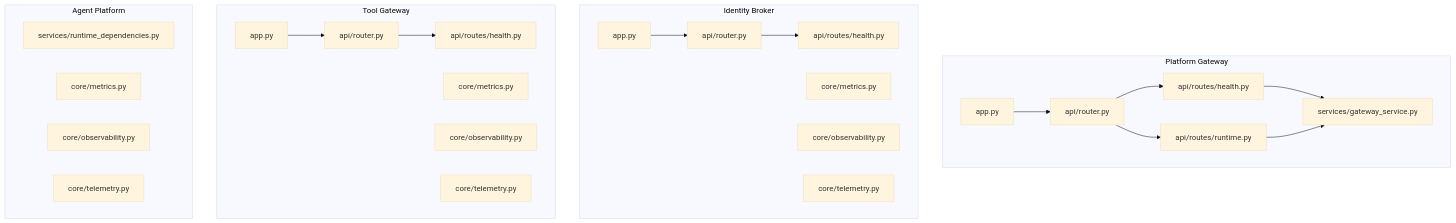
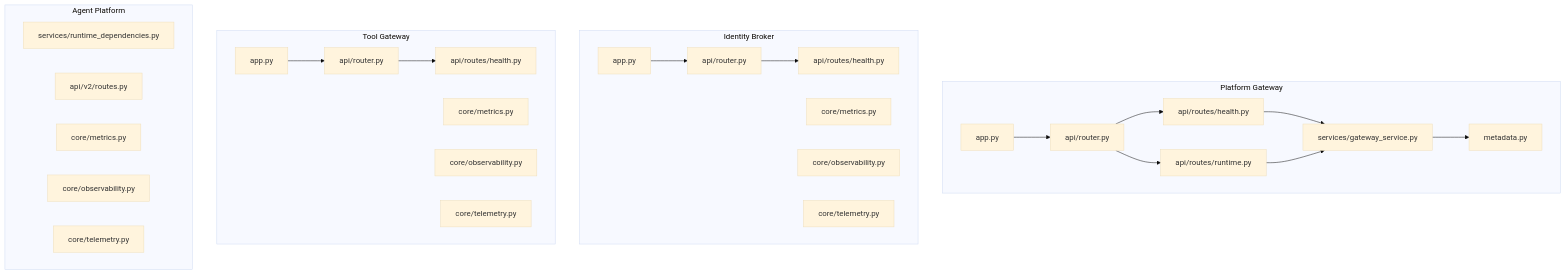
The first of 10 diagrams in .qoder/repowiki/en/content/API Reference/Agent Platform API/Health & Monitoring API.md (metasync/luban-aiops), drawn with Mermaid (base theme) before and after one commit. The commit also changed other lines of this file and 6 other files, not shown here.

````diff
--- a/.qoder/repowiki/en/content/API Reference/Agent Platform API/Health & Monitoring API.md
+++ b/.qoder/repowiki/en/content/API Reference/Agent Platform API/Health & Monitoring API.md
@@ -61,41 +67,44 @@
 ```mermaid
 graph TB
 subgraph "Platform Gateway"
 PG_App["app.py"]
 PG_Router["api/router.py"]
 PG_Health["api/routes/health.py"]
 PG_Runtime["api/routes/runtime.py"]
 PG_Service["services/gateway_service.py"]
+PG_Metadata["metadata.py"]
 end
 subgraph "Identity Broker"
 IB_App["app.py"]
 IB_Router["api/router.py"]
 IB_Health["api/routes/health.py"]
 IB_Metrics["core/metrics.py"]
 IB_Obs["core/observability.py"]
 IB_Telemetry["core/telemetry.py"]
 end
 subgraph "Tool Gateway"
 TG_App["app.py"]
 TG_Router["api/router.py"]
 TG_Health["api/routes/health.py"]
 TG_Metrics["core/metrics.py"]
 TG_Obs["core/observability.py"]
 TG_Telemetry["core/telemetry.py"]
 end
 subgraph "Agent Platform"
 AP_Deps["services/runtime_dependencies.py"]
+AP_Routes["api/v2/routes.py"]
 AP_Metrics["core/metrics.py"]
 AP_Obs["core/observability.py"]
 AP_Telemetry["core/telemetry.py"]
 end
 PG_App --> PG_Router
 PG_Router --> PG_Health
 PG_Router --> PG_Runtime
 PG_Health --> PG_Service
 PG_Runtime --> PG_Service
+PG_Service --> PG_Metadata
 IB_App --> IB_Router
 IB_Router --> IB_Health
 TG_App --> TG_Router
 TG_Router --> TG_Health
 ```
````
